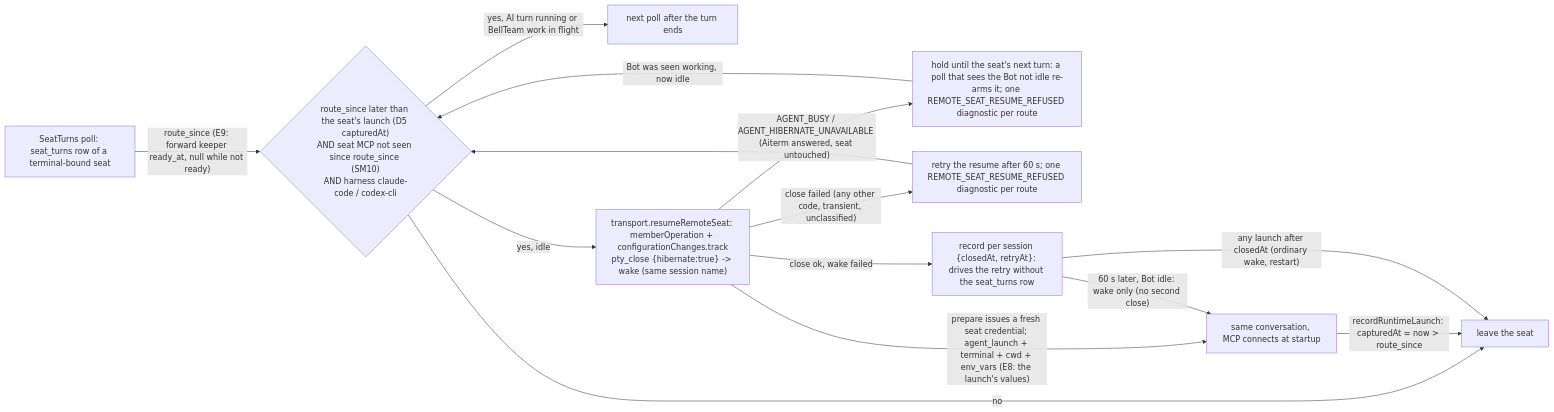
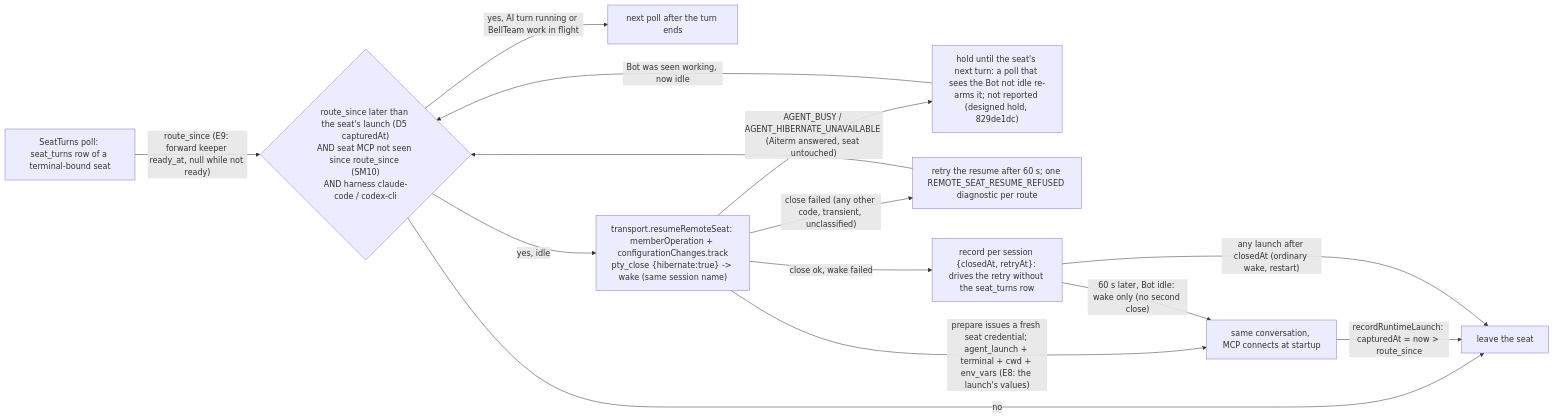
One commit to kitepon/BellTeam changed the third of 5 diagrams in docs/architecture/modules/execution/remote-seat.md. Above: the diagram before and after it, drawn with Mermaid. The commit also changed other lines of this file and 2 other files, not shown here.

Commit message:
fix(829d): the designed close hold of a remote seat files no diagnostic
AGENT_BUSY / AGENT_HIBERNATE_UNAVAILABLE at the route-resume close are
Aiterm's answers about the seat itself; BellTeam holds the close until the
seat's next turn and leaves on its own (remote-seat.md). Reporting that
hold as REMOTE_SEAT_RESUME_REFUSED reopened BugHub 829de1dc after every
body restart, because each restart gives every remote seat a new route.
Other close/wake failures are still reported once per route and stage.

````diff
--- a/docs/architecture/modules/execution/remote-seat.md
+++ b/docs/architecture/modules/execution/remote-seat.md
@@ -116,16 +116,16 @@
 ```mermaid
 flowchart LR
   Poll["SeatTurns poll: seat_turns row of a terminal-bound seat"] -->|"route_since (E9: forward keeper ready_at, null while not ready)"| Rule{"route_since later than the seat's launch (D5 capturedAt)<br/>AND seat MCP not seen since route_since (SM10)<br/>AND harness claude-code / codex-cli"}
   Rule -->|no| Keep[leave the seat]
   Rule -->|"yes, AI turn running or BellTeam work in flight"| Wait[next poll after the turn ends]
   Rule -->|"yes, idle"| Resume["transport.resumeRemoteSeat: memberOperation + configurationChanges.track<br/>pty_close {hibernate:true} -> wake (same session name)"]
   Resume -->|"prepare issues a fresh seat credential; agent_launch + terminal + cwd + env_vars (E8: the launch's values)"| Seat[same conversation, MCP connects at startup]
   Seat -->|"recordRuntimeLaunch: capturedAt = now > route_since"| Keep
-  Resume -->|"AGENT_BUSY / AGENT_HIBERNATE_UNAVAILABLE (Aiterm answered, seat untouched)"| Turn["hold until the seat's next turn: a poll that sees the Bot not idle re-arms it; one REMOTE_SEAT_RESUME_REFUSED diagnostic per route"]
+  Resume -->|"AGENT_BUSY / AGENT_HIBERNATE_UNAVAILABLE (Aiterm answered, seat untouched)"| Turn["hold until the seat's next turn: a poll that sees the Bot not idle re-arms it; not reported (designed hold, 829de1dc)"]
   Turn -->|"Bot was seen working, now idle"| Rule
   Resume -->|"close failed (any other code, transient, unclassified)"| Later["retry the resume after 60 s; one REMOTE_SEAT_RESUME_REFUSED diagnostic per route"]
   Later --> Rule
   Resume -->|"close ok, wake failed"| Woken["record per session {closedAt, retryAt}: drives the retry without the seat_turns row"]
   Woken -->|"60 s later, Bot idle: wake only (no second close)"| Seat
   Woken -->|"any launch after closedAt (ordinary wake, restart)"| Keep
 ```
````
